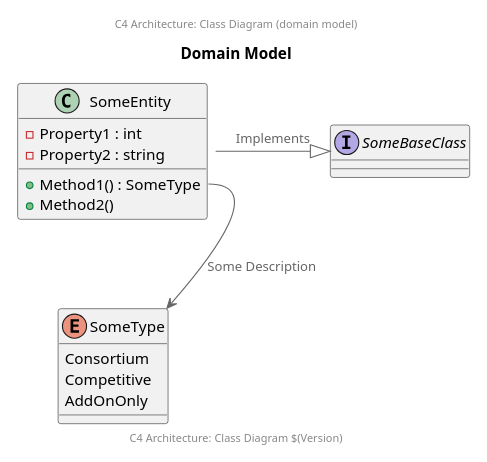
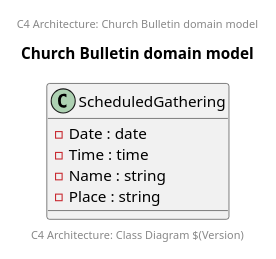
Before and after one commit to jeffreypalermo/onion-architecture-dotnet-6: the diagram in arch/arch-c4-class-domain-model.puml, drawn with PlantUML. The commit also changed 4 other files, not shown here.

Commit message:
#3 Added architecture diagrams.

```diff
--- a/arch/arch-c4-class-domain-model.puml
+++ b/arch/arch-c4-class-domain-model.puml
@@ -1,33 +1,23 @@
 @startuml
 
 scale 2/3
 'left to right direction
 center header
-    C4 Architecture: Class Diagram (domain model)
+    C4 Architecture: Church Bulletin domain model
 endheader
 
 !includeurl https://raw.githubusercontent.com/RicardoNiepel/C4-PlantUML/master/C4_Component.puml
 
-title Domain Model
+title Church Bulletin domain model
 
-interface SomeBaseClass{}
-
-class SomeEntity {
-  -Property1 : int
-  -Property2 : string
-  +Method1() : SomeType
-  +Method2()
+class ScheduledGathering {
+  -Date : date
+  -Time : time
+  -Name : string
+  -Place : string
 } 
-SomeEntity::Method1-->SomeType : Some Description
-SomeEntity-|>SomeBaseClass : Implements
-
-enum SomeType{
-	Consortium
-	Competitive
-	AddOnOnly
-}
 
 center footer
     C4 Architecture: Class Diagram $(Version)
 endfooter
 @enduml
```
